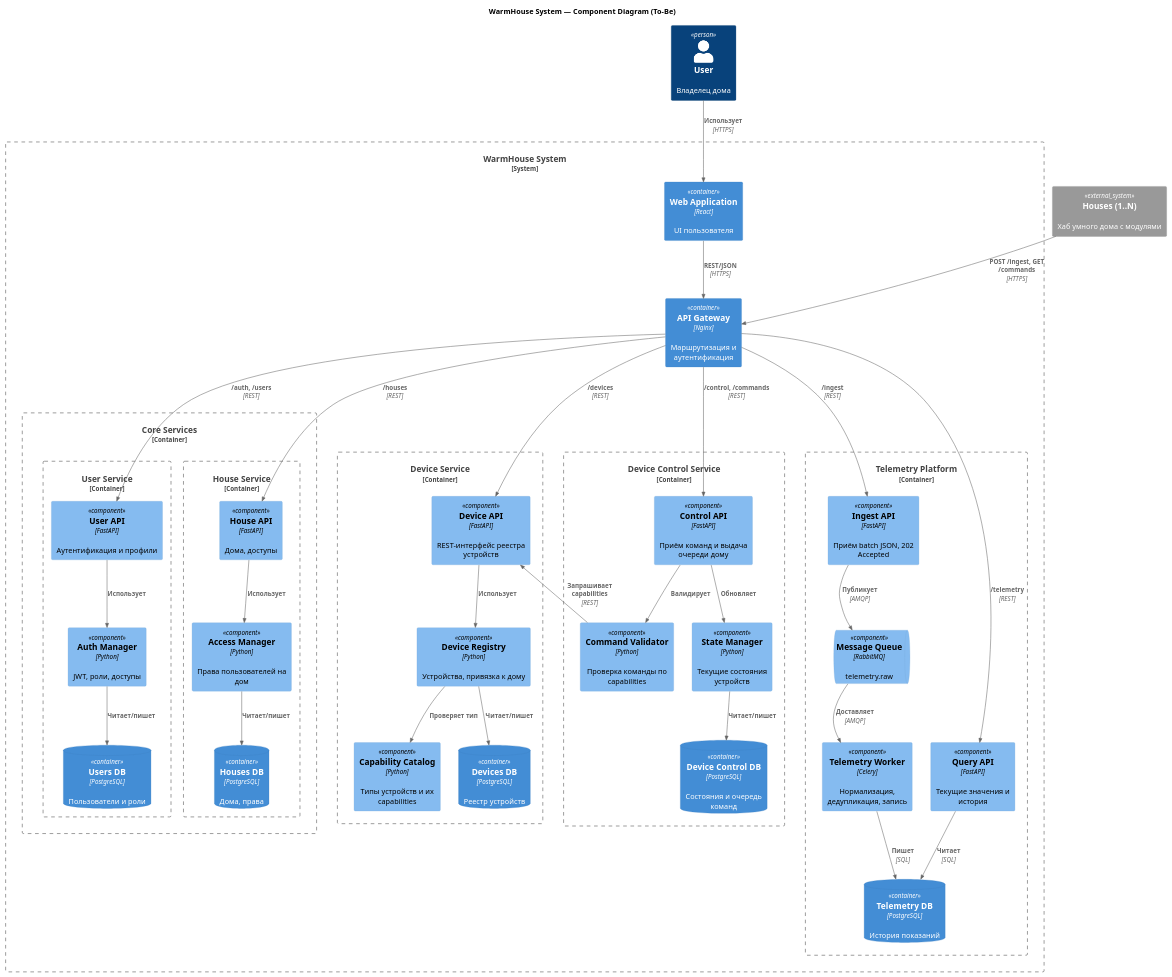
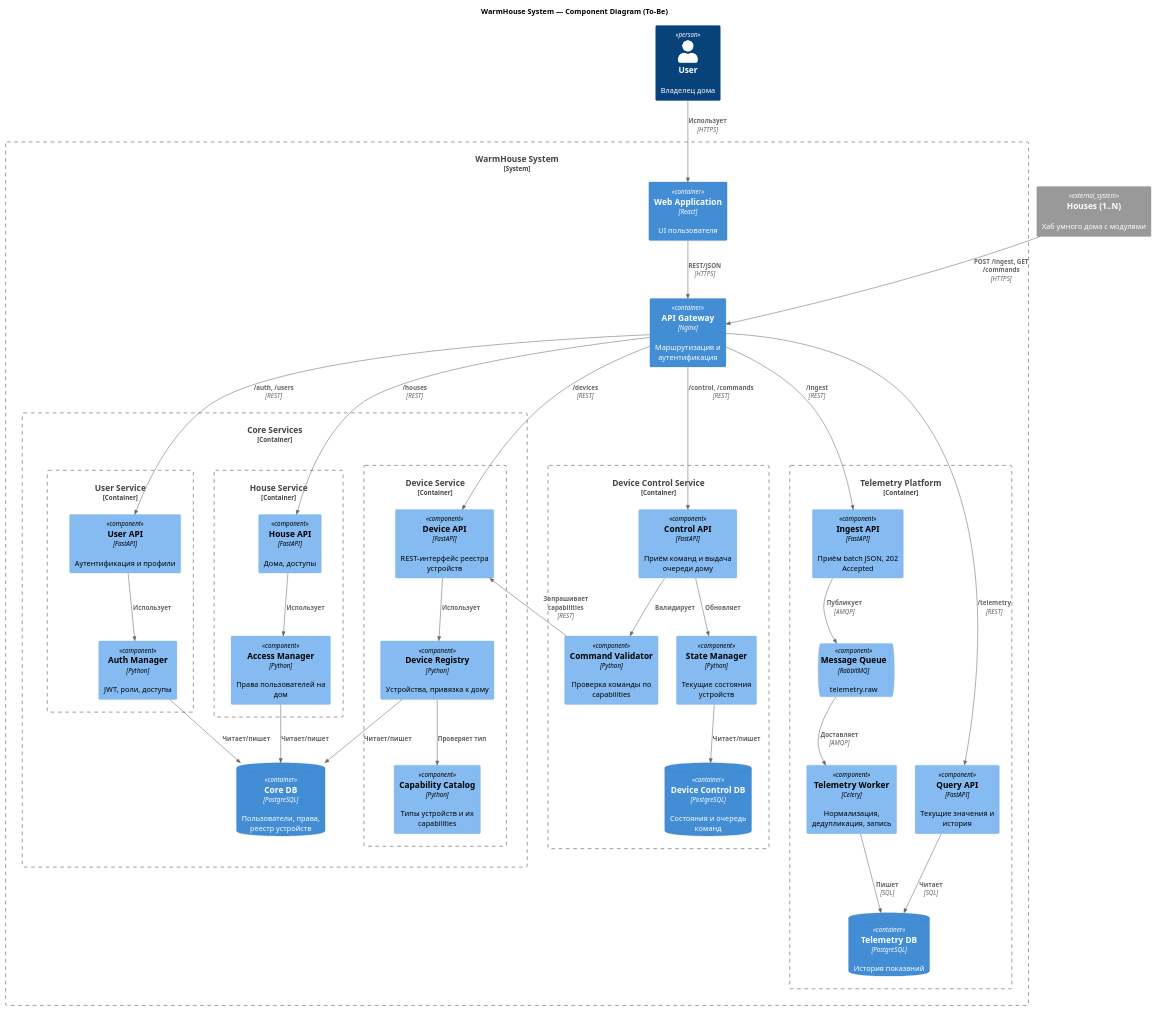
One commit to gadtakoi/architecture-pro-warmhouse changed the diagram in diagrams/Task_2_Components.puml. Above: the diagram before and after it, drawn with PlantUML.

Commit message:
Fix Task 2 components.

```diff
--- a/diagrams/Task_2_Components.puml
+++ b/diagrams/Task_2_Components.puml
@@ -1,84 +1,84 @@
 @startuml
 title WarmHouse System — Component Diagram (To-Be)
 
 !include ../vendor/C4-PlantUML/C4_Component.puml
 
 Person(user, "User", "Владелец дома")
 System_Ext(houses, "Houses (1..N)", "Хаб умного дома с модулями")
 
 System_Boundary(warmhouse, "WarmHouse System") {
 
   Container(WebApp, "Web Application", "React", "UI пользователя")
   Container(ApiGateway, "API Gateway", "Nginx", "Маршрутизация и аутентификация")
 
   Container_Boundary(coreServices, "Core Services") {
     Container_Boundary(userService, "User Service") {
       Component(UserApi, "User API", "FastAPI", "Аутентификация и профили")
       Component(AuthManager, "Auth Manager", "Python", "JWT, роли, доступы")
-      ContainerDb(UserDb, "Users DB", "PostgreSQL", "Пользователи и роли")
     }
 
     Container_Boundary(houseService, "House Service") {
       Component(HouseApi, "House API", "FastAPI", "Дома, доступы")
       Component(AccessManager, "Access Manager", "Python", "Права пользователей на дом")
-      ContainerDb(HouseDb, "Houses DB", "PostgreSQL", "Дома, права")
     }
-  }
 
-  Container_Boundary(deviceService, "Device Service") {
-    Component(DeviceApi, "Device API", "FastAPI", "REST-интерфейс реестра устройств")
-    Component(DeviceRegistry, "Device Registry", "Python", "Устройства, привязка к дому")
-    Component(CapabilityCatalog, "Capability Catalog", "Python", "Типы устройств и их capabilities")
-    ContainerDb(DeviceDb, "Devices DB", "PostgreSQL", "Реестр устройств")
+    Container_Boundary(deviceService, "Device Service") {
+      Component(DeviceApi, "Device API", "FastAPI", "REST-интерфейс реестра устройств")
+      Component(DeviceRegistry, "Device Registry", "Python", "Устройства, привязка к дому")
+      Component(CapabilityCatalog, "Capability Catalog", "Python", "Типы устройств и их capabilities")
+    }
+
+    ContainerDb(CoreDb, "Core DB", "PostgreSQL", "Пользователи, права, реестр устройств")
   }
 
   Container_Boundary(controlService, "Device Control Service") {
     Component(ControlApi, "Control API", "FastAPI", "Приём команд и выдача очереди дому")
     Component(CommandValidator, "Command Validator", "Python", "Проверка команды по capabilities")
     Component(StateManager, "State Manager", "Python", "Текущие состояния устройств")
     ContainerDb(ControlDb, "Device Control DB", "PostgreSQL", "Состояния и очередь команд")
   }
 
   Container_Boundary(telemetry, "Telemetry Platform") {
     Component(IngestApi, "Ingest API", "FastAPI", "Приём batch JSON, 202 Accepted")
     ComponentQueue(Queue, "Message Queue", "RabbitMQ", "telemetry.raw")
     Component(TelemetryWorker, "Telemetry Worker", "Celery", "Нормализация, дедупликация, запись")
     Component(QueryApi, "Query API", "FastAPI", "Текущие значения и история")
     ContainerDb(TelemetryDb, "Telemetry DB", "PostgreSQL", "История показаний")
   }
 }
 
 Rel(user, WebApp, "Использует", "HTTPS")
 Rel(WebApp, ApiGateway, "REST/JSON", "HTTPS")
 Rel(houses, ApiGateway, "POST /ingest, GET /commands", "HTTPS")
 
 Rel(ApiGateway, UserApi, "/auth, /users", "REST")
 Rel(ApiGateway, HouseApi, "/houses", "REST")
 Rel(ApiGateway, DeviceApi, "/devices", "REST")
 Rel(ApiGateway, ControlApi, "/control, /commands", "REST")
 Rel(ApiGateway, IngestApi, "/ingest", "REST")
 Rel(ApiGateway, QueryApi, "/telemetry", "REST")
 
 Rel(UserApi, AuthManager, "Использует")
-Rel(AuthManager, UserDb, "Читает/пишет")
+Rel(AuthManager, CoreDb, "Читает/пишет")
 Rel(HouseApi, AccessManager, "Использует")
-Rel(AccessManager, HouseDb, "Читает/пишет")
+Rel(AccessManager, CoreDb, "Читает/пишет")
 
 Rel(DeviceApi, DeviceRegistry, "Использует")
 Rel(DeviceRegistry, CapabilityCatalog, "Проверяет тип")
-Rel(DeviceRegistry, DeviceDb, "Читает/пишет")
+Rel(DeviceRegistry, CoreDb, "Читает/пишет")
 
 Rel(ControlApi, CommandValidator, "Валидирует")
 Rel(CommandValidator, DeviceApi, "Запрашивает capabilities", "REST")
 Rel(ControlApi, StateManager, "Обновляет")
 Rel(StateManager, ControlDb, "Читает/пишет")
 
 Rel(IngestApi, Queue, "Публикует", "AMQP")
 Rel(Queue, TelemetryWorker, "Доставляет", "AMQP")
 Rel(TelemetryWorker, TelemetryDb, "Пишет", "SQL")
 Rel(QueryApi, TelemetryDb, "Читает", "SQL")
 
-Lay_L(coreServices, deviceService)
-Lay_R(deviceService, controlService)
+Lay_R(userService, houseService)
+Lay_R(houseService, deviceService)
+Lay_R(coreServices, controlService)
 Lay_R(controlService, telemetry)
 @enduml
```
